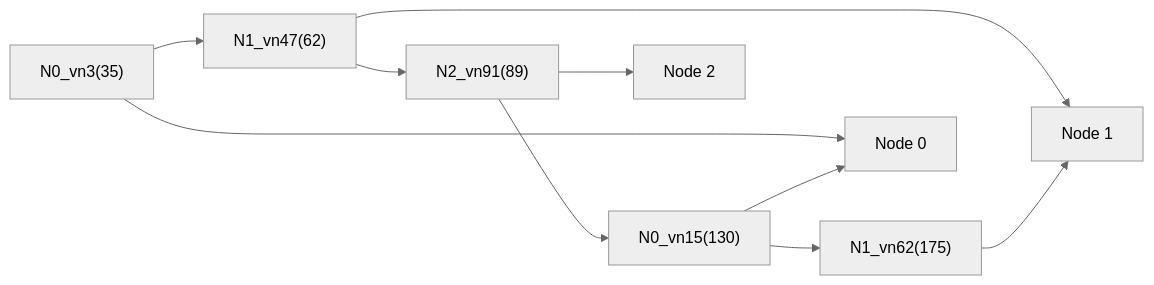
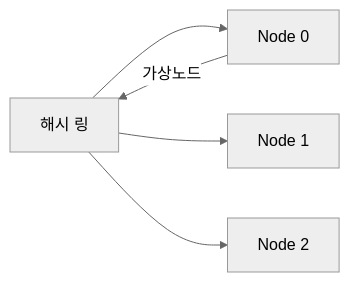
One commit to yjkim2015/yjkim2015.github.io changed the sixth of 13 diagrams in _posts/db/2026-05-01-db-sharding.md. Above: the diagram before and after it, drawn with Mermaid (neutral theme). The commit also changed other lines of this file and 163 other files, not shown here.

First line of the commit message:
Mermaid 300개 블록 내용 축소: 5노드 5엣지 이하, 의미 있는 약어

````diff
--- a/_posts/db/2026-05-01-db-sharding.md
+++ b/_posts/db/2026-05-01-db-sharding.md
@@ -129,7 +123,7 @@
 ```mermaid
 graph LR
-    V1["N0_vn3(35)"] --> V2["N1_vn47(62)"] --> V3["N2_vn91(89)"] --> V4["N0_vn15(130)"] --> V5["N1_vn62(175)"]
-    V1 & V4 --> RN0["Node 0"]
-    V2 & V5 --> RN1["Node 1"]
-    V3 --> RN2["Node 2"]
+    RING["해시 링"] --> N0["Node 0"]
+    RING --> N1["Node 1"]
+    RING --> N2["Node 2"]
+    N0 -->|"가상노드"| RING
 ```
````
